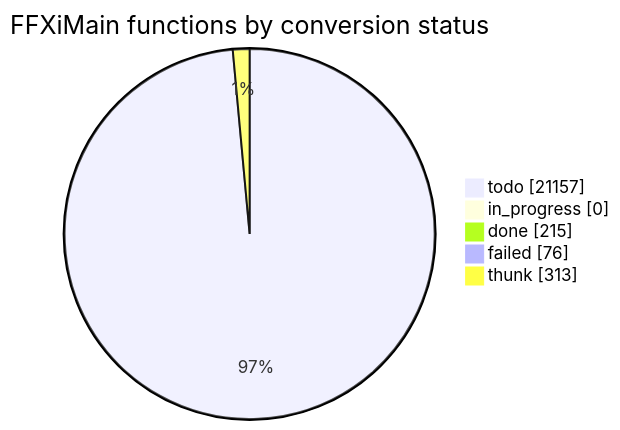
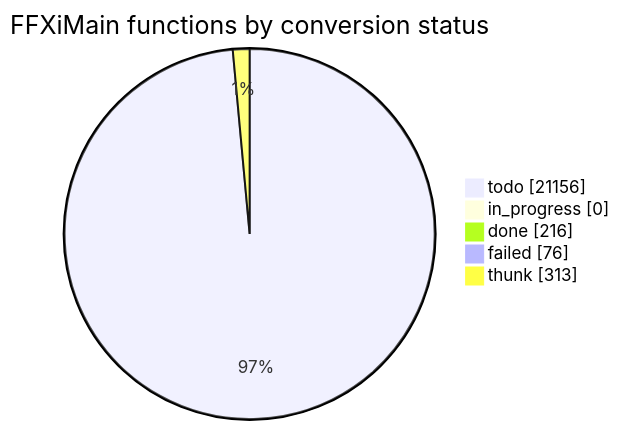
The diagram in docs/cow/STATUS.md (cowrevenge/cow_kuluu_xi_anything), drawn with Mermaid before and after one commit. The commit also changed other lines of this file and 9 other files, not shown here.

````diff
--- a/docs/cow/STATUS.md
+++ b/docs/cow/STATUS.md
@@ -18,9 +18,9 @@
 ```mermaid
 pie showData
     title FFXiMain functions by conversion status
-    "todo" : 21157
+    "todo" : 21156
     "in_progress" : 0
-    "done" : 215
+    "done" : 216
     "failed" : 76
     "thunk" : 313
 ```
````
